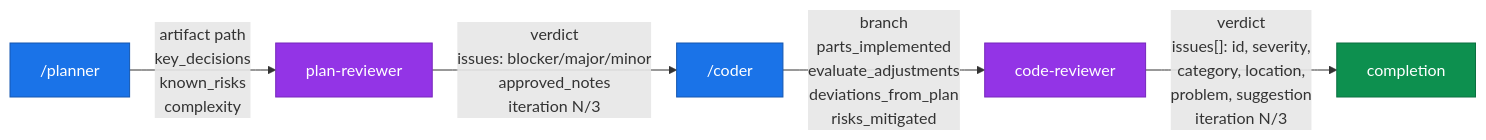
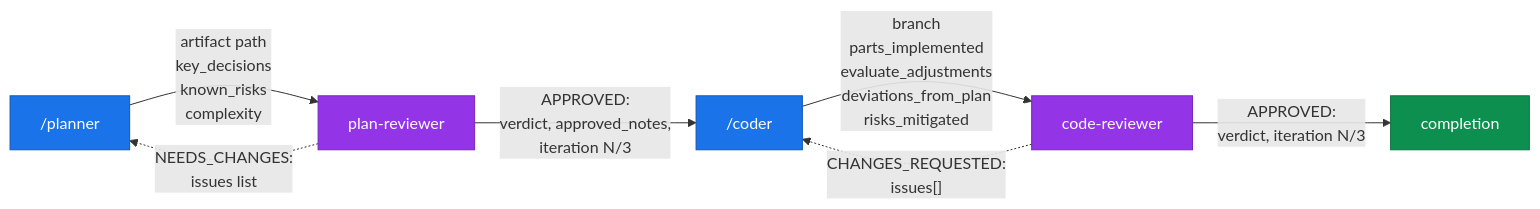
Before and after one commit to hex0xdeadbeef/claude-kit: the third of 6 diagrams in README.md, drawn with Mermaid. The commit also changed other lines of this file, not shown here.

````diff
--- a/README.md
+++ b/README.md
@@ -292,16 +297,18 @@
 ```mermaid
 flowchart LR
     PL2["/planner"] -->|"artifact path<br/>key_decisions<br/>known_risks<br/>complexity"| PR2["plan-reviewer"]
 
-    PR2 -->|"verdict<br/>issues: blocker/major/minor<br/>approved_notes<br/>iteration N/3"| CO2["/coder"]
+    PR2 -->|"APPROVED:<br/>verdict, approved_notes,<br/>iteration N/3"| CO2["/coder"]
+    PR2 -.->|"NEEDS_CHANGES:<br/>issues list"| PL2
 
     CO2 -->|"branch<br/>parts_implemented<br/>evaluate_adjustments<br/>deviations_from_plan<br/>risks_mitigated"| CR2["code-reviewer"]
 
-    CR2 -->|"verdict<br/>issues[]: id, severity,<br/>category, location,<br/>problem, suggestion<br/>iteration N/3"| DONE2["completion"]
+    CR2 -->|"APPROVED:<br/>verdict, iteration N/3"| DONE2["completion"]
+    CR2 -.->|"CHANGES_REQUESTED:<br/>issues[]"| CO2
 
     style PL2 fill:#1a73e8,color:#fff,stroke:#1557b0
     style PR2 fill:#9334e6,color:#fff,stroke:#7627bb
     style CO2 fill:#1a73e8,color:#fff,stroke:#1557b0
     style CR2 fill:#9334e6,color:#fff,stroke:#7627bb
     style DONE2 fill:#0d904f,color:#fff,stroke:#0a7040
 ```
````
